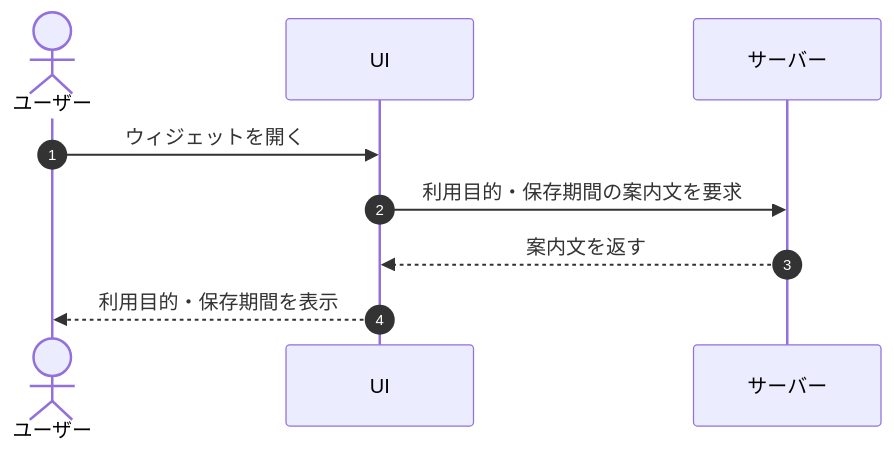
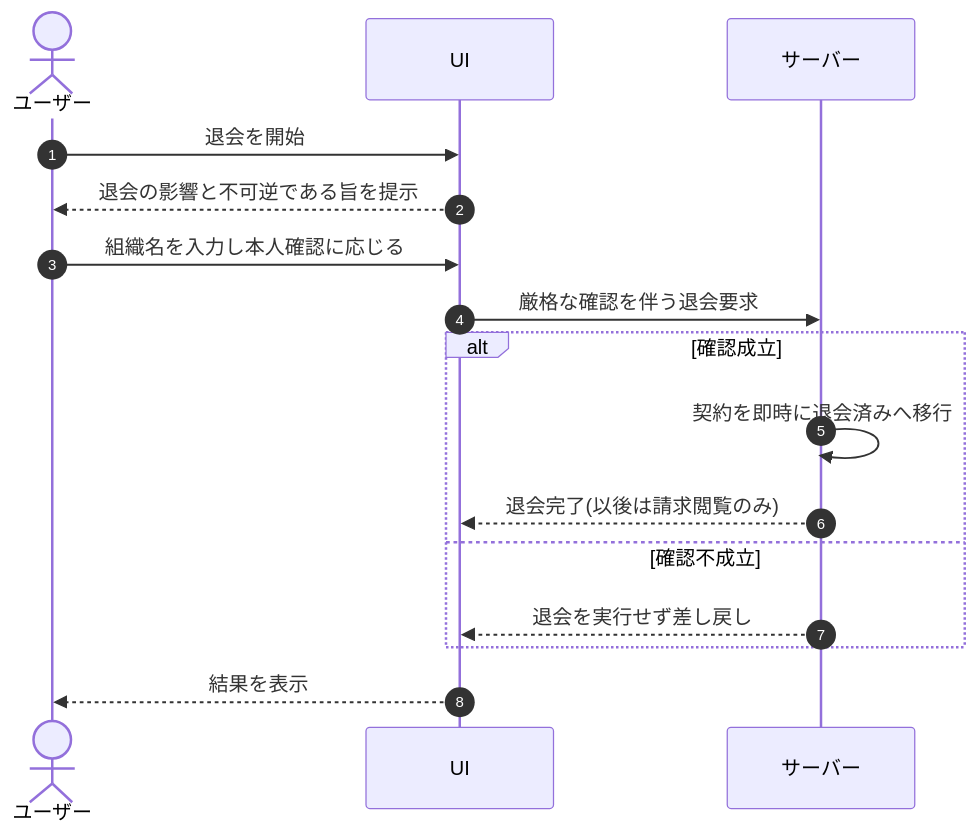
One commit to sikakou54/open-faq changed the first of 15 diagrams in 01_requirements/02_functional_requirement/06_security-fr.md. Above: the diagram before and after it, drawn with Mermaid. The commit also changed other lines of this file and 66 other files, not shown here.

````diff
--- a/01_requirements/02_functional_requirement/06_security-fr.md
+++ b/01_requirements/02_functional_requirement/06_security-fr.md
@@ -19,11 +22,18 @@
 ```mermaid
 sequenceDiagram
   autonumber
   actor U as ユーザー
   participant UI as UI
   participant S as サーバー
-  U->>UI: ウィジェットを開く
-  UI->>S: 利用目的・保存期間の案内文を要求
-  S-->>UI: 案内文を返す
-  UI-->>U: 利用目的・保存期間を表示
+  U->>UI: 退会を開始
+  UI-->>U: 退会の影響と不可逆である旨を提示
+  U->>UI: 組織名を入力し本人確認に応じる
+  UI->>S: 厳格な確認を伴う退会要求
+  alt 確認成立
+    S->>S: 契約を即時に退会済みへ移行
+    S-->>UI: 退会完了(以後は請求閲覧のみ)
+  else 確認不成立
+    S-->>UI: 退会を実行せず差し戻し
+  end
+  UI-->>U: 結果を表示
 ```
````
